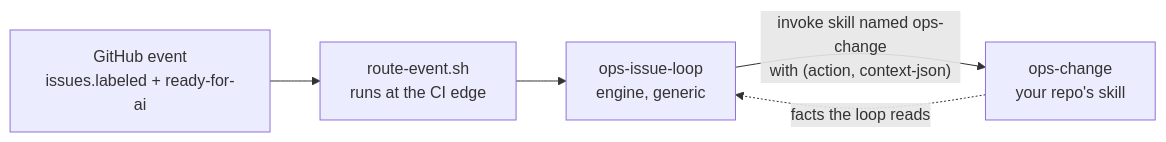
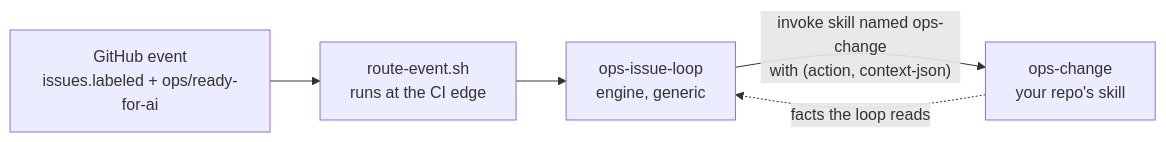
Before and after one commit to umbraco/umbraco-ai-ops: the first of 3 diagrams in README.md, drawn with Mermaid. The commit also changed other lines of this file and 26 other files, not shown here.

````diff
--- a/README.md
+++ b/README.md
@@ -109,7 +109,7 @@
 ```mermaid
 flowchart LR
-  E["GitHub event<br/>issues.labeled + ready-for-ai"] --> R["route-event.sh<br/>runs at the CI edge"]
+  E["GitHub event<br/>issues.labeled + ops/ready-for-ai"] --> R["route-event.sh<br/>runs at the CI edge"]
   R --> L["ops-issue-loop<br/>engine, generic"]
   L -->|"invoke skill named ops-change<br/>with (action, context-json)"| C["ops-change<br/>your repo's skill"]
   C -.->|"facts the loop reads"| L
 ```
````
